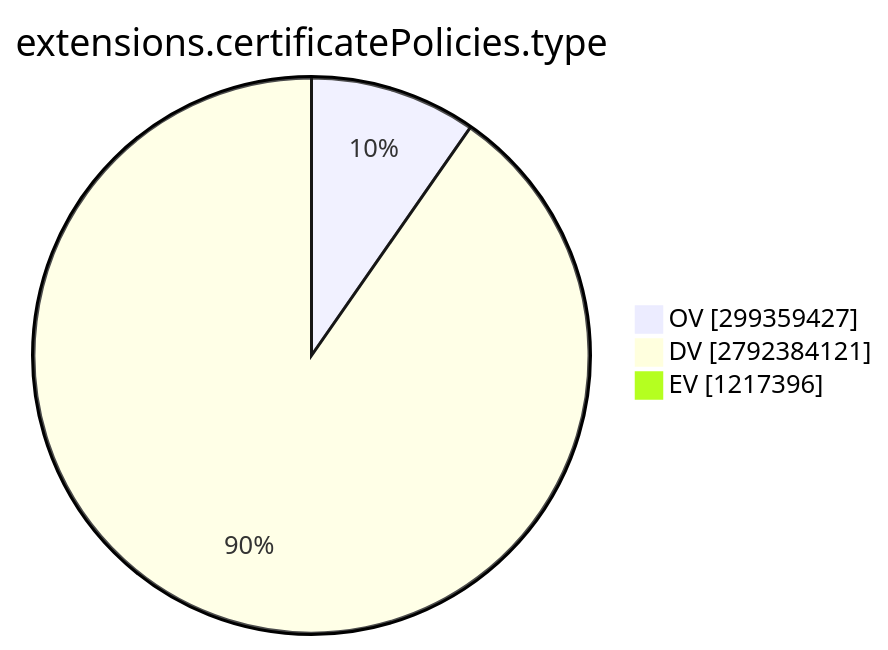
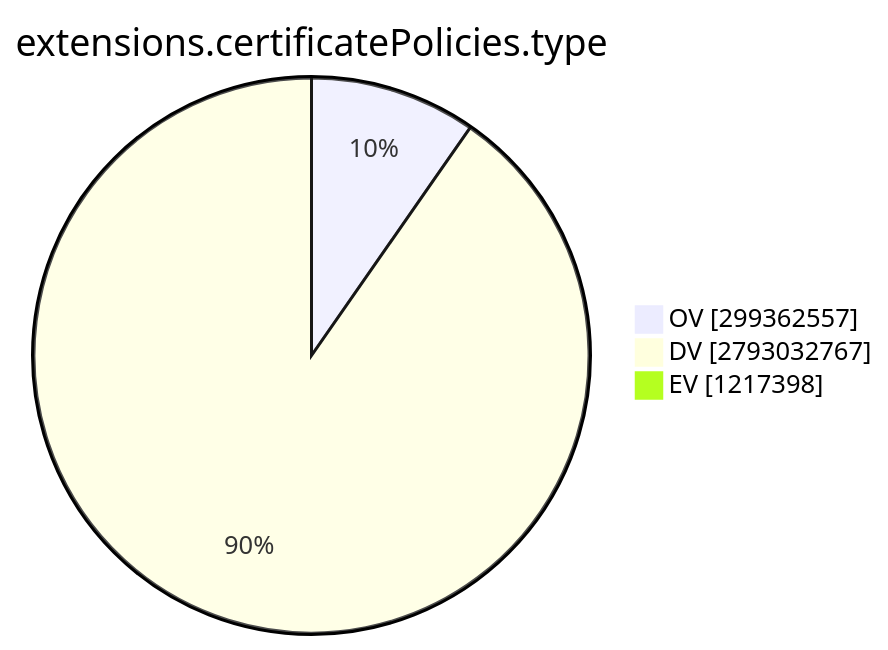
The ninth of 15 diagrams in TOTAL/README.md (christiankrug/ctmonitor_visualization), drawn with Mermaid before and after one commit. The commit also changed other lines of this file, not shown here.

````diff
--- a/TOTAL/README.md
+++ b/TOTAL/README.md
@@ -3101,7 +3101,7 @@
 ```mermaid
 pie showData
 title extensions.certificatePolicies.type
-"OV" :299359427
-"DV" :2792384121
-"EV" :1217396
+"OV" :299362557
+"DV" :2793032767
+"EV" :1217398
 ```
````
